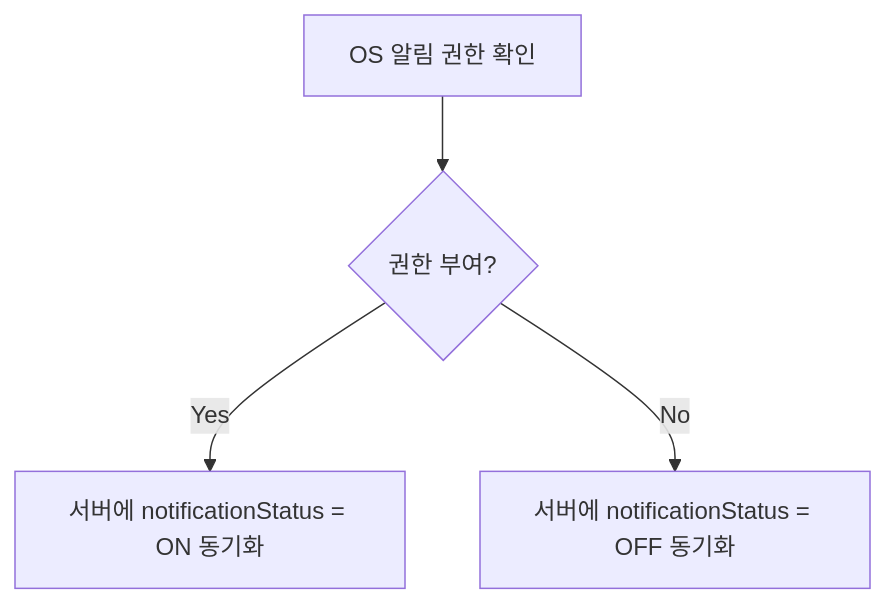
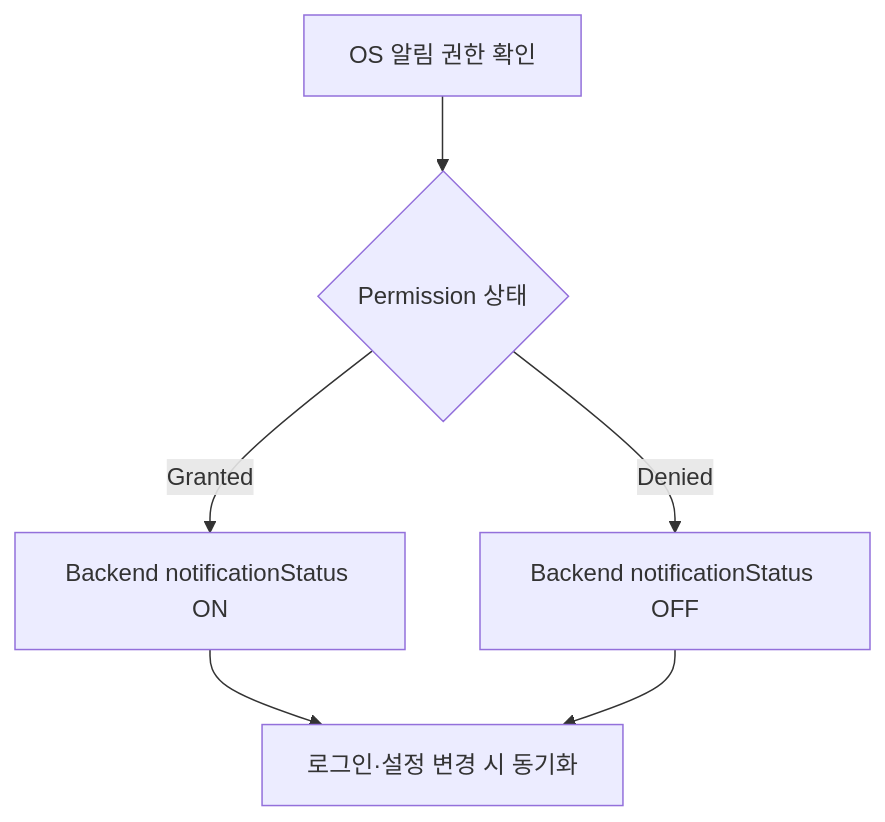
The fourth of 4 diagrams in docs/NOTIFICATION.md (Gahyun-313/neurous-client), drawn with Mermaid before and after one commit. The commit also changed other lines of this file, not shown here.

Commit message:
docs: NOTIFICATION 업데이트

````diff
--- a/docs/NOTIFICATION.md
+++ b/docs/NOTIFICATION.md
@@ -78,6 +69,8 @@
 ```mermaid
 flowchart TD
-    OSPerm["OS 알림 권한 확인"] --> Granted{권한 부여?}
-    Granted -- Yes --> SyncOn["서버에 notificationStatus = ON 동기화"]
-    Granted -- No --> SyncOff["서버에 notificationStatus = OFF 동기화"]
+    Check[OS 알림 권한 확인] --> Permission{Permission 상태}
+    Permission -- Granted --> On[Backend notificationStatus ON]
+    Permission -- Denied --> Off[Backend notificationStatus OFF]
+    On --> Sync[로그인·설정 변경 시 동기화]
+    Off --> Sync
 ```
````
